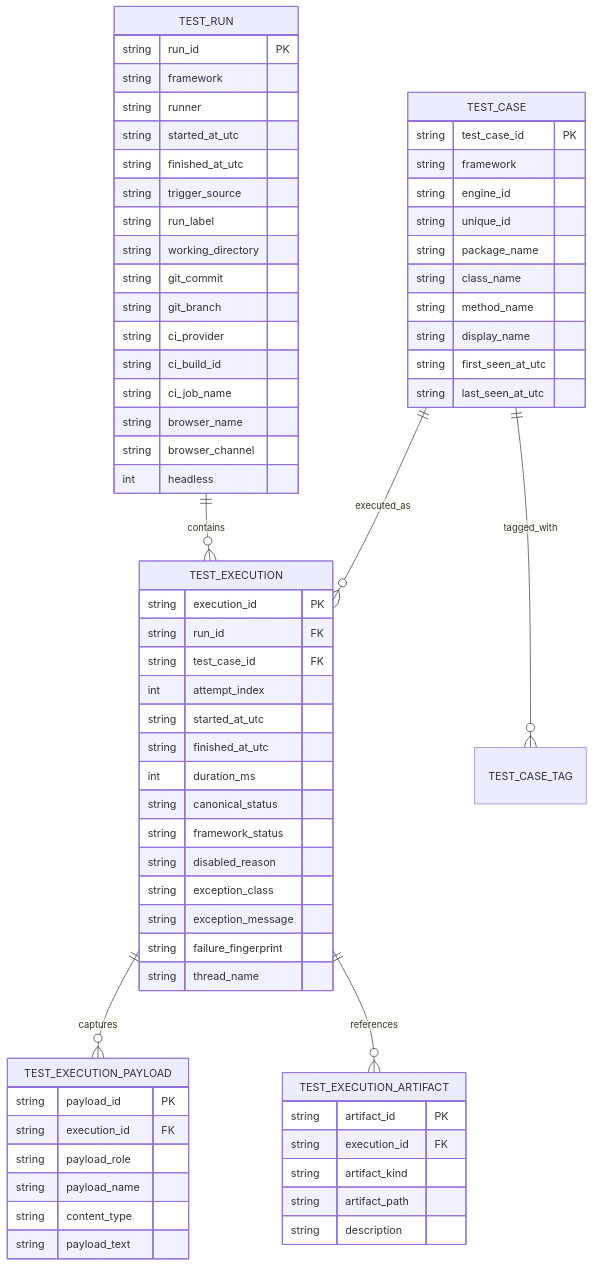
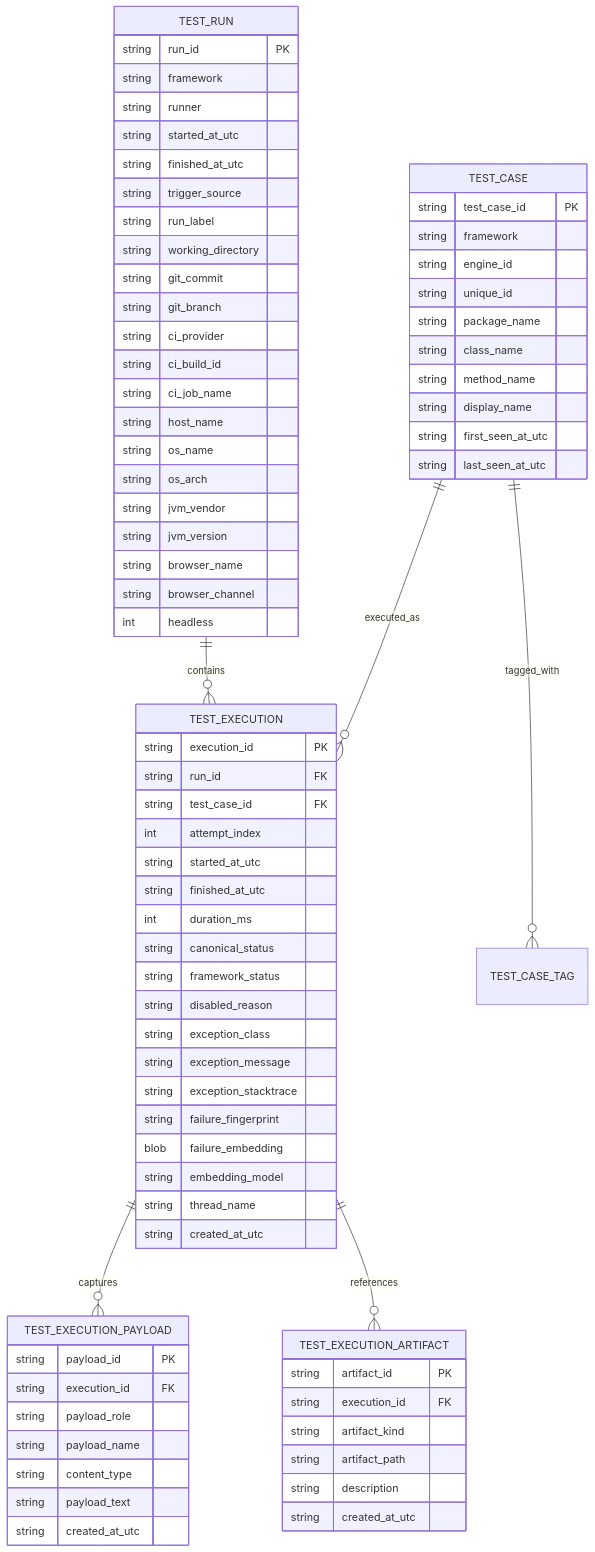
One commit to oscarvarto/playwright-practice changed the third of 5 diagrams in docs/turso-test-statistics.md. Above: the diagram before and after it, drawn with Mermaid. The commit also changed other lines of this file and 18 other files, not shown here.

````diff
--- a/docs/turso-test-statistics.md
+++ b/docs/turso-test-statistics.md
@@ -609,6 +612,11 @@
         string ci_provider
         string ci_build_id
         string ci_job_name
+        string host_name
+        string os_name
+        string os_arch
+        string jvm_vendor
+        string jvm_version
         string browser_name
         string browser_channel
         int headless
@@ -640,8 +648,12 @@
         string disabled_reason
         string exception_class
         string exception_message
+        string exception_stacktrace
         string failure_fingerprint
+        blob failure_embedding
+        string embedding_model
         string thread_name
+        string created_at_utc
     }
 
     TEST_EXECUTION_PAYLOAD {
@@ -651,6 +663,7 @@
         string payload_name
         string content_type
         string payload_text
+        string created_at_utc
     }
 
     TEST_EXECUTION_ARTIFACT {
@@ -659,5 +672,6 @@
         string artifact_kind
         string artifact_path
         string description
+        string created_at_utc
     }
 ```
````
